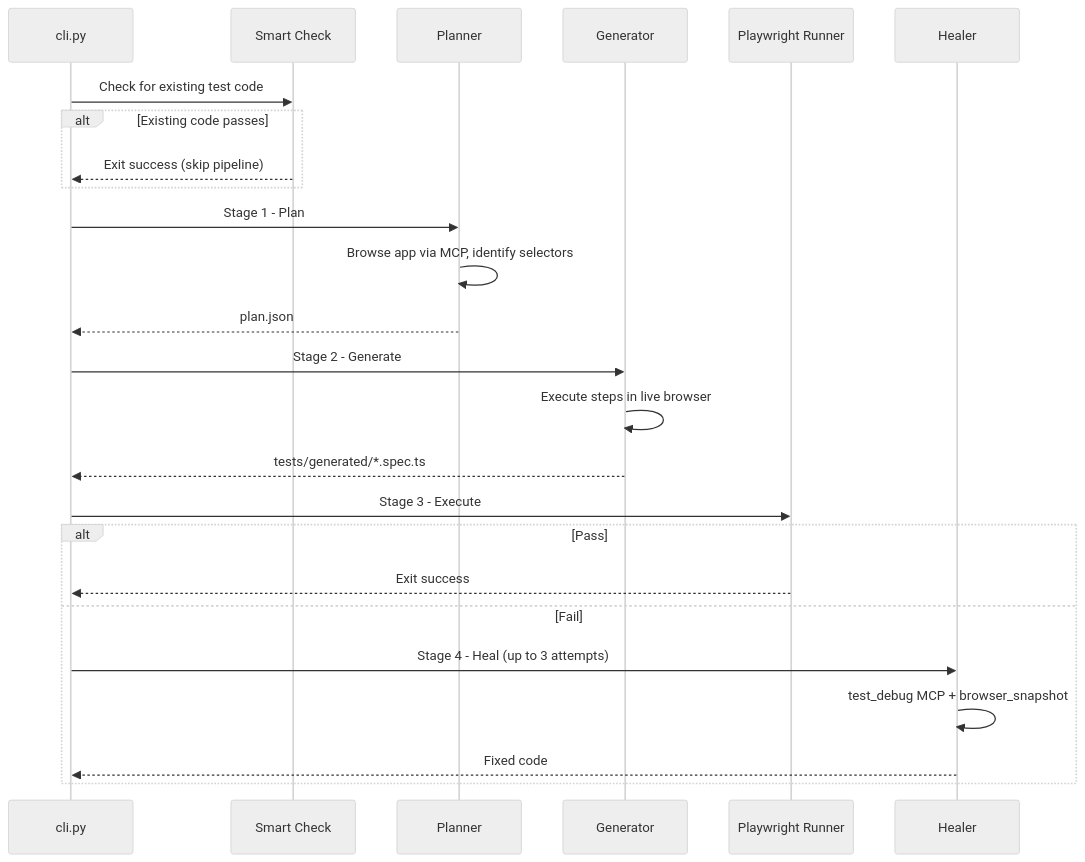
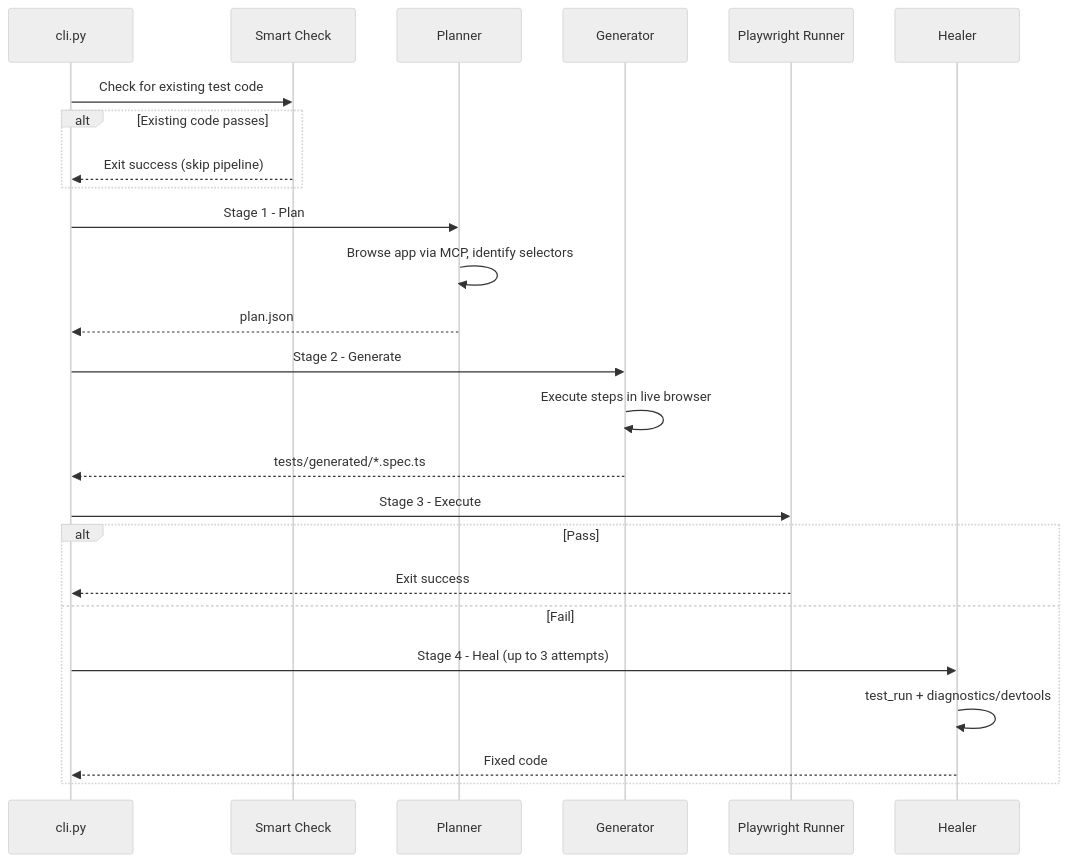
The third of 6 diagrams in docs/explanation/pipeline-architecture.md (NihadMemmedli/quorvex_ai), drawn with Mermaid (neutral theme) before and after one commit. The commit also changed other lines of this file and 42 other files, not shown here.

````diff
--- a/docs/explanation/pipeline-architecture.md
+++ b/docs/explanation/pipeline-architecture.md
@@ -64,31 +64,31 @@
 ```mermaid
 sequenceDiagram
     participant CLI as cli.py
     participant SC as Smart Check
     participant NP as Planner
     participant NG as Generator
     participant PW as Playwright Runner
     participant NH as Healer
 
     CLI->>SC: Check for existing test code
     alt Existing code passes
         SC-->>CLI: Exit success (skip pipeline)
     end
 
     CLI->>NP: Stage 1 - Plan
     NP->>NP: Browse app via MCP, identify selectors
     NP-->>CLI: plan.json
 
     CLI->>NG: Stage 2 - Generate
     NG->>NG: Execute steps in live browser
     NG-->>CLI: tests/generated/*.spec.ts
 
     CLI->>PW: Stage 3 - Execute
     alt Pass
         PW-->>CLI: Exit success
     else Fail
         CLI->>NH: Stage 4 - Heal (up to 3 attempts)
-        NH->>NH: test_debug MCP + browser_snapshot
+        NH->>NH: test_run + diagnostics/devtools
         NH-->>CLI: Fixed code
     end
 ```
````
